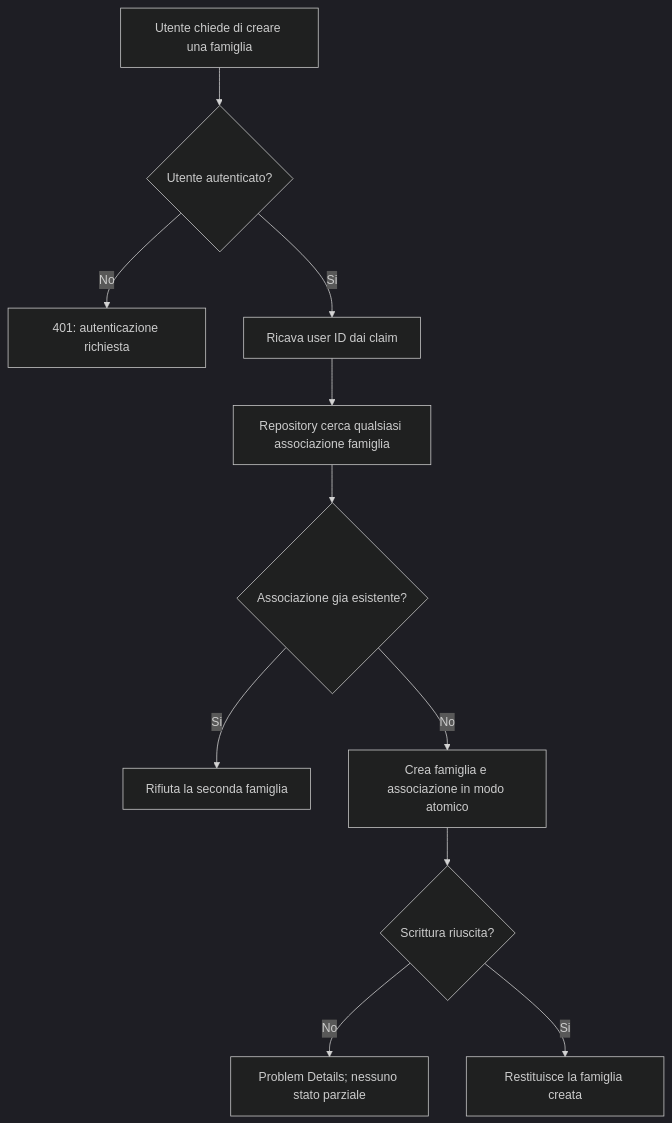
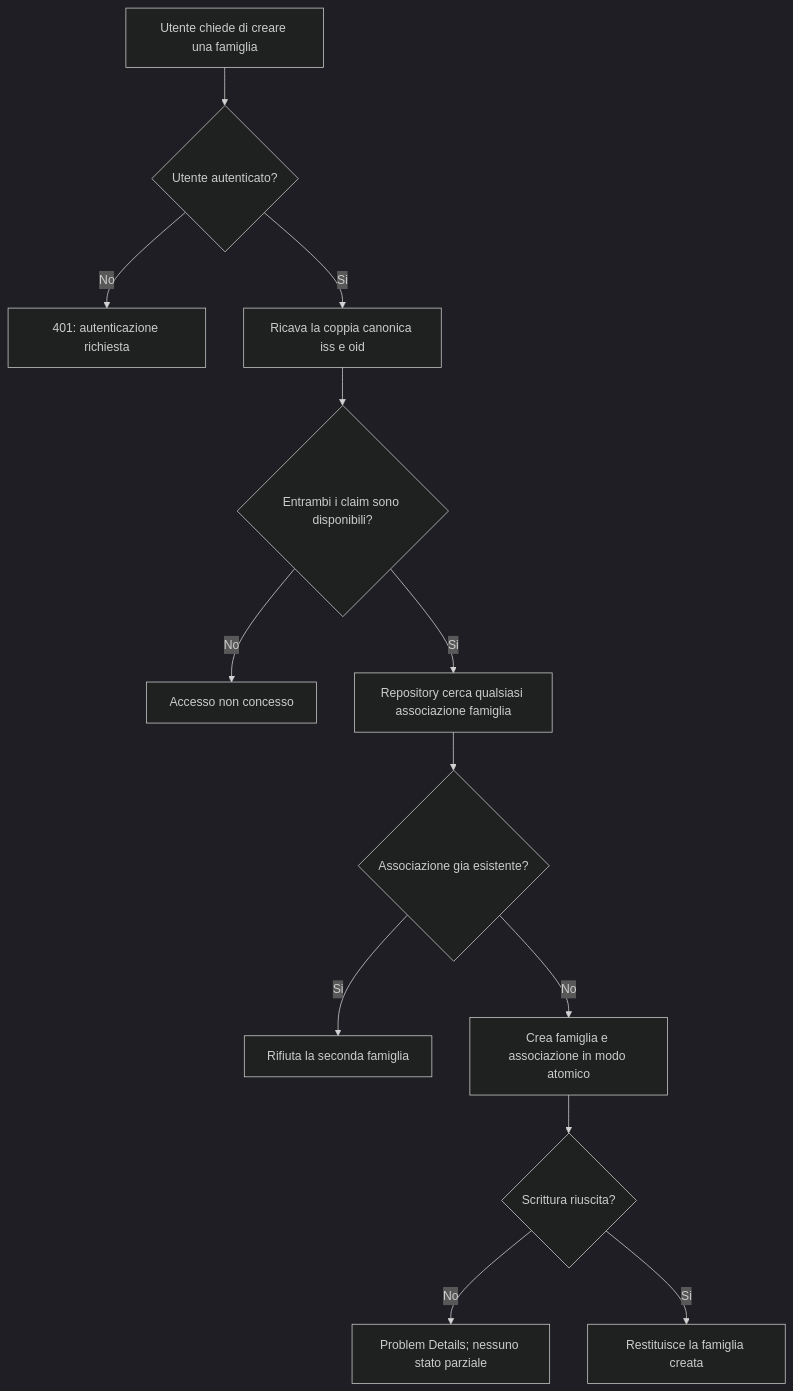
The second of 2 diagrams in docs/kinlist/research/tasks/family-authorization-policy/research.md (martinabruni/DA.KinHub), drawn with Mermaid (dark theme) before and after one commit. The commit also changed other lines of this file and 17 other files, not shown here.

````diff
--- a/docs/kinlist/research/tasks/family-authorization-policy/research.md
+++ b/docs/kinlist/research/tasks/family-authorization-policy/research.md
@@ -123,13 +122,15 @@
 ```mermaid
 flowchart TD
     A["Utente chiede di creare una famiglia"] --> B{"Utente autenticato?"}
     B -- No --> C["401: autenticazione richiesta"]
-    B -- Si --> D["Ricava user ID dai claim"]
-    D --> E["Repository cerca qualsiasi associazione famiglia"]
-    E --> F{"Associazione gia esistente?"}
+    B -- Si --> D["Ricava la coppia canonica iss e oid"]
+    D --> E{"Entrambi i claim sono disponibili?"}
+    E -- No --> L["Accesso non concesso"]
+    E -- Si --> M["Repository cerca qualsiasi associazione famiglia"]
+    M --> F{"Associazione gia esistente?"}
     F -- Si --> G["Rifiuta la seconda famiglia"]
     F -- No --> H["Crea famiglia e associazione in modo atomico"]
     H --> I{"Scrittura riuscita?"}
     I -- No --> J["Problem Details; nessuno stato parziale"]
     I -- Si --> K["Restituisce la famiglia creata"]
 ```
````
